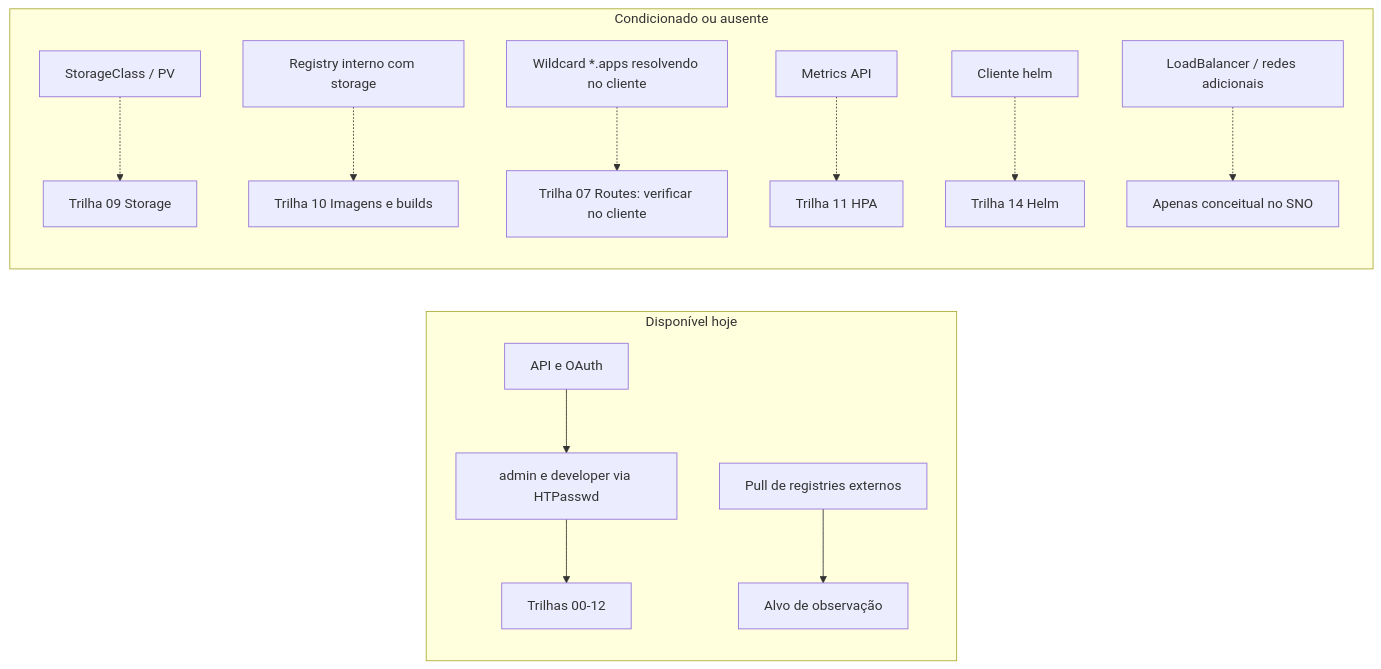
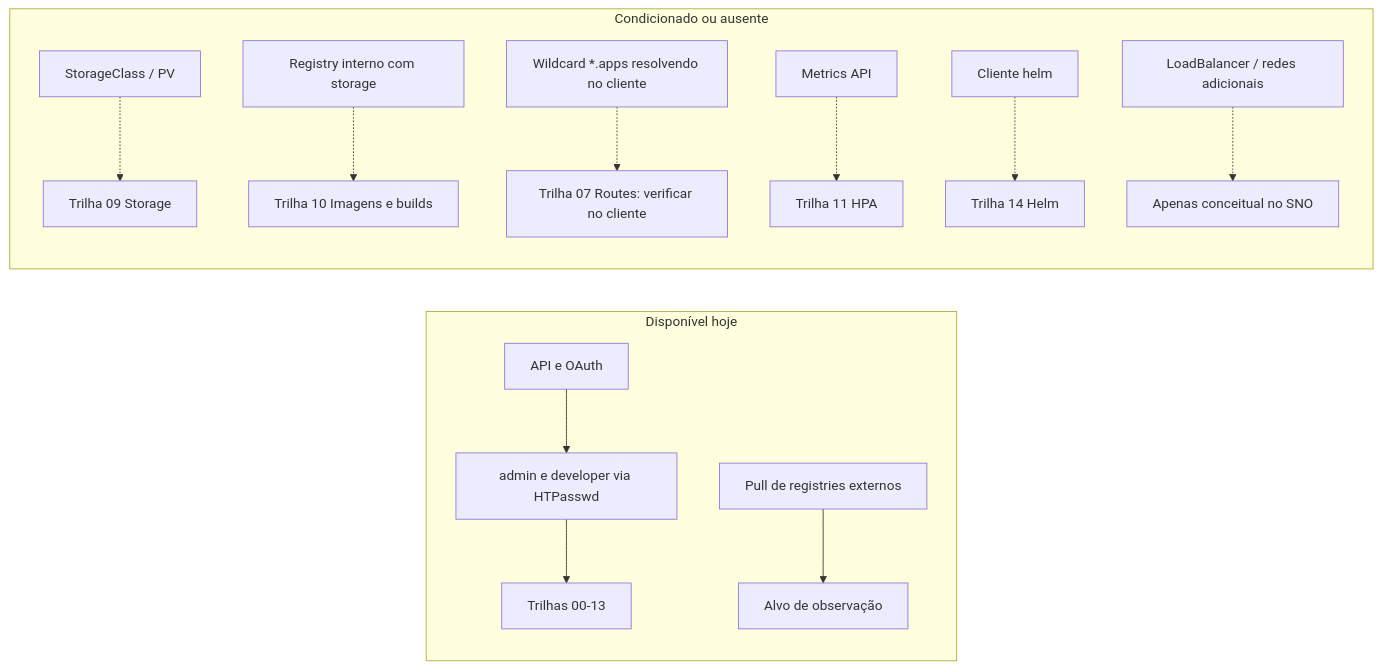
The diagram in catalogo/matriz-competencias.md (eduardoandradej/academia-comandos-openshift), drawn with Mermaid before and after one commit. The commit also changed other lines of this file and 61 other files, not shown here.

````diff
--- a/catalogo/matriz-competencias.md
+++ b/catalogo/matriz-competencias.md
@@ -52,16 +53,16 @@
 ```mermaid
 flowchart LR
   subgraph disponivel[Disponível hoje]
     API[API e OAuth] --> ID[admin e developer via HTPasswd]
-    ID --> T00[Trilhas 00-12]
+    ID --> T00[Trilhas 00-13]
     IMG[Pull de registries externos] --> T02[Alvo de observação]
   end
   subgraph condicionado[Condicionado ou ausente]
     SC[StorageClass / PV] -.-> T09[Trilha 09 Storage]
     REG[Registry interno com storage] -.-> T10[Trilha 10 Imagens e builds]
     DNS[Wildcard *.apps resolvendo no cliente] -.-> T07[Trilha 07 Routes: verificar no cliente]
     MET[Metrics API] -.-> T11[Trilha 11 HPA]
     HELM[Cliente helm] -.-> T14[Trilha 14 Helm]
     LB[LoadBalancer / redes adicionais] -.-> X[Apenas conceitual no SNO]
   end
 ```
````
